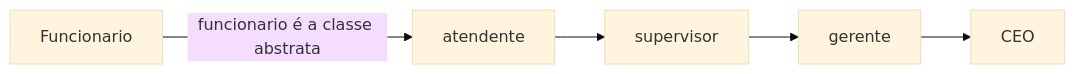
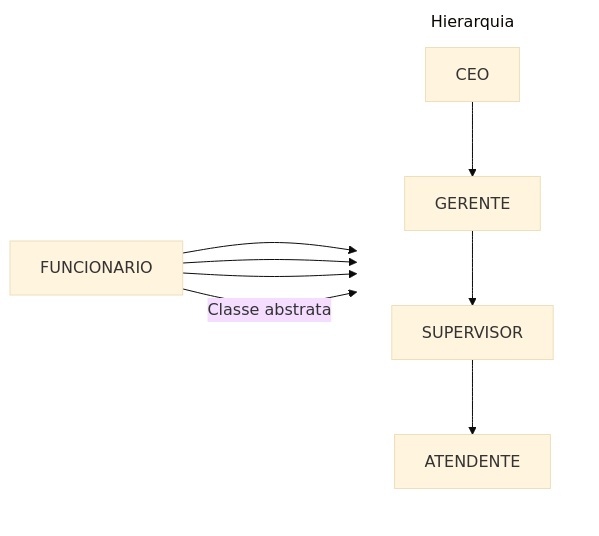
The diagram in Readme.md (Mordegb/JAVA-01), drawn with Mermaid (base theme) before and after one commit. The commit also changed other lines of this file, not shown here.

Commit message:
README update

````diff
--- a/Readme.md
+++ b/Readme.md
@@ -2,8 +1,30 @@
 ```mermaid
-flowchart LR
+graph LR
+    %% Definição do Nó Principal
+    F[FUNCIONARIO]
 
-	ABS[Funcionario] --> |funcionario é a classe abstrata| f1[atendente]
-	f1 --> f2[supervisor] 
-	f2 --> f3[gerente] 
-	f3 --> f4[CEO] 
+    %% Subgrafo para alinhar os cargos verticalmente
+    subgraph Hierarquia
+        direction TB
+        C[CEO]
+        G[GERENTE]
+        S[SUPERVISOR]
+        A[ATENDENTE]
+
+        %% Conexões verticais entre os cargos
+        C --> G
+        G --> S
+        S --> A
+    end
+
+    %% Conexões do Funcionario para os cargos
+    F --> C
+    F --> G
+    F --> S
+    F --> |Classe abstrata| A
+
+  
+    
+    %% Remover borda do subgrafo para ficar invisível
+    style Hierarquia fill:transparent,stroke:none
 ```
````
